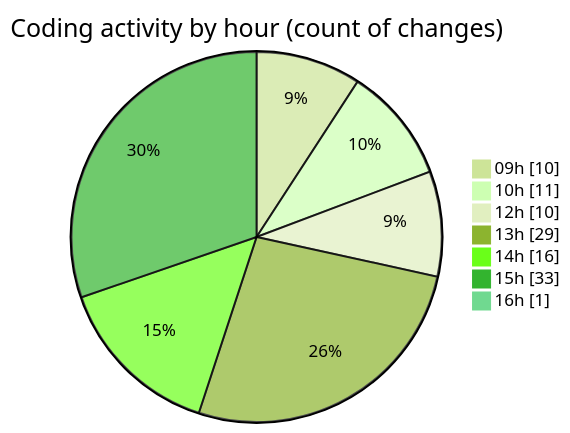
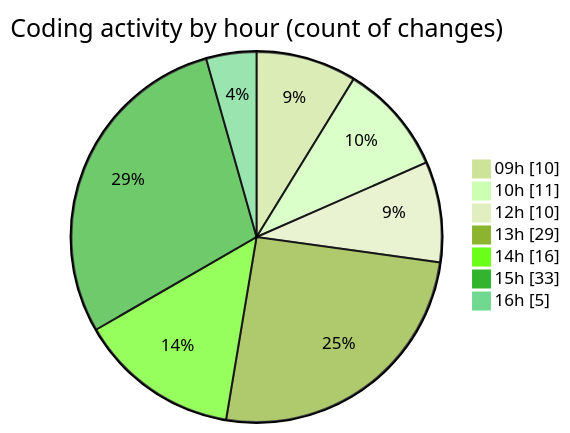
One commit to momahboobian/code-tracking changed the second of 2 diagrams in 2025-09-12/cda/README.md. Above: the diagram before and after it, drawn with Mermaid (forest theme). The commit also changed other lines of this file and 1 other file, not shown here.

````diff
--- a/2025-09-12/cda/README.md
+++ b/2025-09-12/cda/README.md
@@ -47,11 +47,11 @@
 ```mermaid
 pie showData
 title Coding activity by hour (count of changes)
 "09h" : 10
 "10h" : 11
 "12h" : 10
 "13h" : 29
 "14h" : 16
 "15h" : 33
-"16h" : 1
+"16h" : 5
 ```
````
